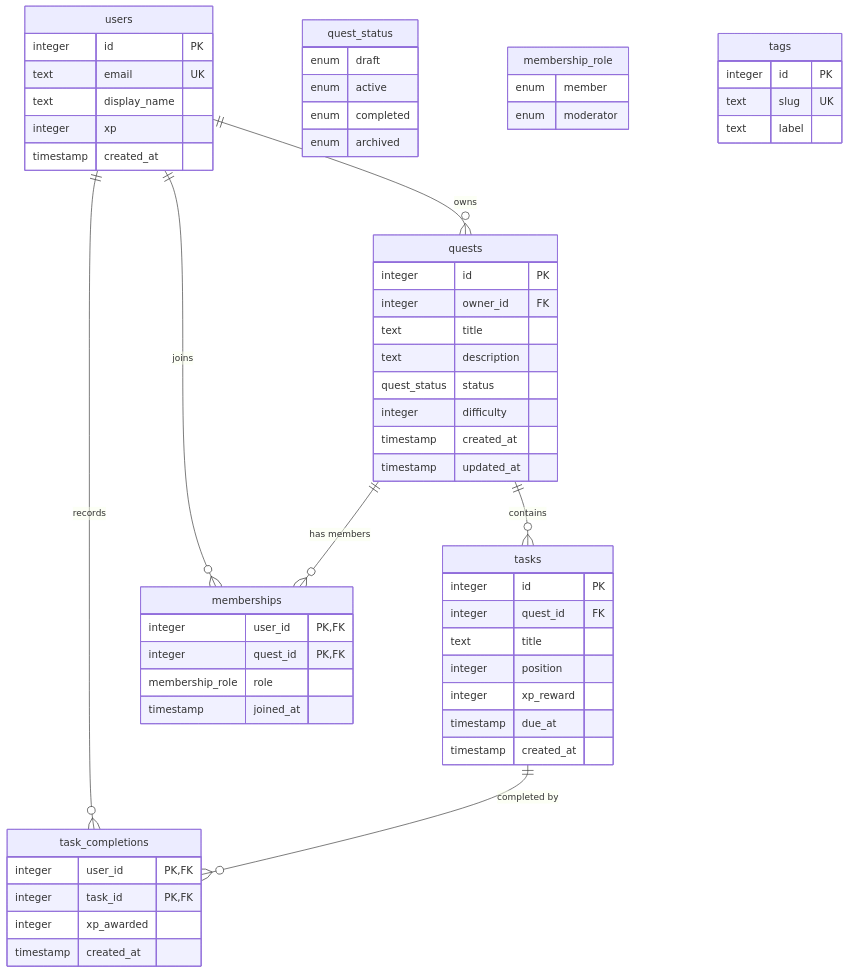
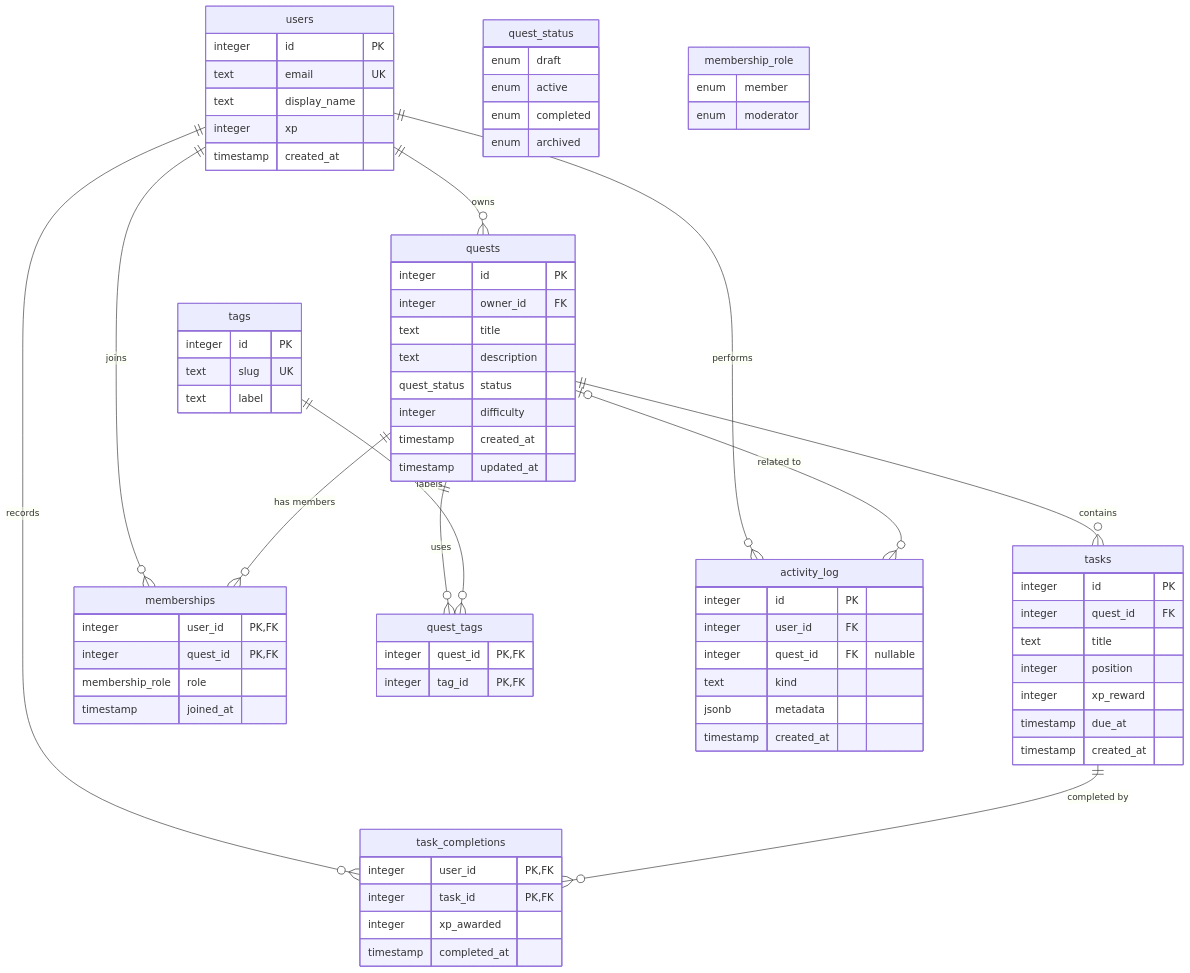
One commit to ccweerasinghe1994/drizzel-lerning-quest-project changed the diagram in README.md. Above: the diagram before and after it, drawn with Mermaid. The commit also changed other lines of this file and 2 other files, not shown here.

````diff
--- a/README.md
+++ b/README.md
@@ -75,63 +52,79 @@
 ```mermaid
 erDiagram
     users ||--o{ quests : "owns"
     quests ||--o{ tasks : "contains"
     users ||--o{ memberships : "joins"
     quests ||--o{ memberships : "has members"
     users ||--o{ task_completions : "records"
     tasks ||--o{ task_completions : "completed by"
+    quests ||--o{ quest_tags : "uses"
+    tags ||--o{ quest_tags : "labels"
+    users ||--o{ activity_log : "performs"
+    quests o|--o{ activity_log : "related to"
 
     quest_status {
         enum draft
         enum active
         enum completed
         enum archived
     }
     membership_role {
         enum member
         enum moderator
     }
     users {
         integer id PK
         text email UK
         text display_name
         integer xp
         timestamp created_at
     }
     quests {
         integer id PK
         integer owner_id FK
         text title
         text description
         quest_status status
         integer difficulty
         timestamp created_at
         timestamp updated_at
     }
     tasks {
         integer id PK
         integer quest_id FK
         text title
         integer position
         integer xp_reward
         timestamp due_at
         timestamp created_at
     }
     memberships {
         integer user_id PK, FK
         integer quest_id PK, FK
         membership_role role
         timestamp joined_at
     }
     task_completions {
         integer user_id PK, FK
         integer task_id PK, FK
         integer xp_awarded
-        timestamp created_at
+        timestamp completed_at
     }
     tags {
         integer id PK
         text slug UK
         text label
     }
+    quest_tags {
+        integer quest_id PK, FK
+        integer tag_id PK, FK
+    }
+    activity_log {
+        integer id PK
+        integer user_id FK
+        integer quest_id FK "nullable"
+        text kind
+        jsonb metadata
+        timestamp created_at
+    }
 ```
````
